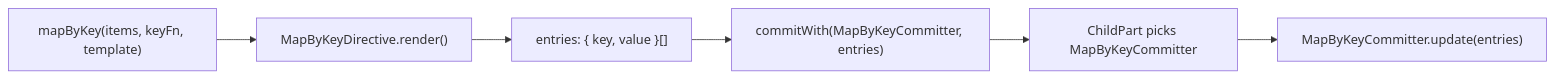
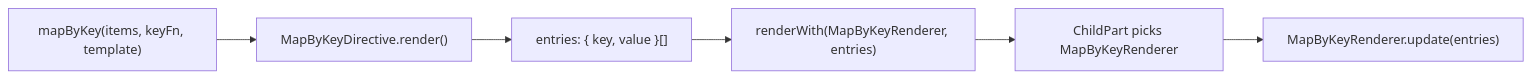
One commit to metasong/std-ui changed the diagram in std-ui/src/element/template/directives/map-by-key/design.md. Above: the diagram before and after it, drawn with Mermaid. The commit also changed other lines of this file and 35 other files, not shown here.

Commit message:
rename committer to childRender

````diff
--- a/std-ui/src/element/template/directives/map-by-key/design.md
+++ b/std-ui/src/element/template/directives/map-by-key/design.md
@@ -28,8 +28,8 @@
 ```mermaid
 flowchart LR
   A["mapByKey(items, keyFn, template)"] --> B["MapByKeyDirective.render()"]
   B --> C["entries: { key, value }[]"]
-  C --> D["commitWith(MapByKeyCommitter, entries)"]
-  D --> E["ChildPart picks MapByKeyCommitter"]
-  E --> F["MapByKeyCommitter.update(entries)"]
+  C --> D["renderWith(MapByKeyRenderer, entries)"]
+  D --> E["ChildPart picks MapByKeyRenderer"]
+  E --> F["MapByKeyRenderer.update(entries)"]
 ```
````
